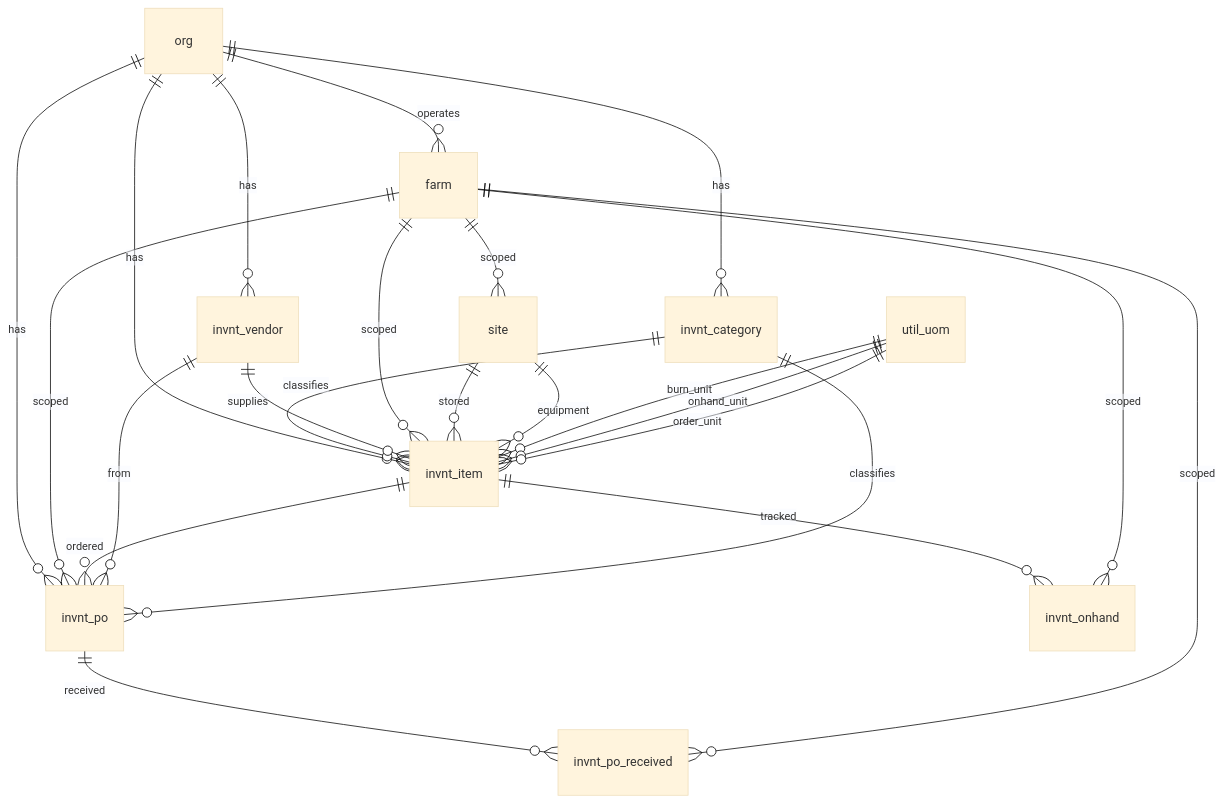
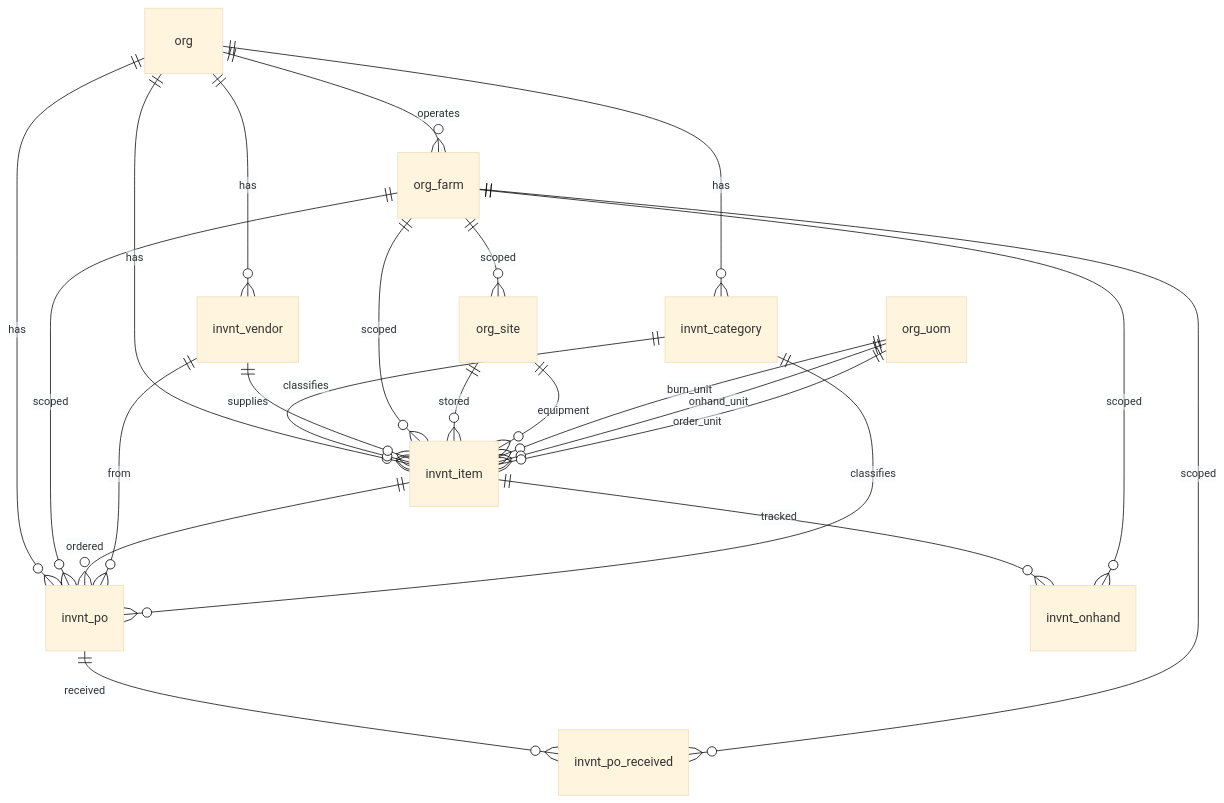
The diagram in docs/schemas/20260319_02_invnt.md (Hawaii-Farming/aloha-app), drawn with Mermaid (base theme) before and after one commit. The commit also changed other lines of this file and 51 other files, not shown here.

First line of the commit message:
Rename org tables (util_uom→org_uom, farm→org_farm, site→org_site), rewrite conventions from LENNY spec

````diff
--- a/docs/schemas/20260319_02_invnt.md
+++ b/docs/schemas/20260319_02_invnt.md
@@ -9,25 +9,25 @@
 ```mermaid
 erDiagram
-    org ||--o{ farm : operates
+    org ||--o{ org_farm : operates
     org ||--o{ invnt_vendor : has
     org ||--o{ invnt_category : has
     org ||--o{ invnt_item : has
     invnt_category ||--o{ invnt_item : classifies
     invnt_vendor ||--o{ invnt_item : supplies
-    farm ||--o{ invnt_item : scoped
-    farm ||--o{ site : scoped
-    site ||--o{ invnt_item : stored
-    site ||--o{ invnt_item : equipment
-    util_uom ||--o{ invnt_item : burn_unit
-    util_uom ||--o{ invnt_item : onhand_unit
-    util_uom ||--o{ invnt_item : order_unit
+    org_farm ||--o{ invnt_item : scoped
+    org_farm ||--o{ org_site : scoped
+    org_site ||--o{ invnt_item : stored
+    org_site ||--o{ invnt_item : equipment
+    org_uom ||--o{ invnt_item : burn_unit
+    org_uom ||--o{ invnt_item : onhand_unit
+    org_uom ||--o{ invnt_item : order_unit
     org ||--o{ invnt_po : has
-    farm ||--o{ invnt_po : scoped
+    org_farm ||--o{ invnt_po : scoped
     invnt_item ||--o{ invnt_po : ordered
     invnt_vendor ||--o{ invnt_po : from
     invnt_category ||--o{ invnt_po : classifies
     invnt_po ||--o{ invnt_po_received : received
-    farm ||--o{ invnt_po_received : scoped
+    org_farm ||--o{ invnt_po_received : scoped
     invnt_item ||--o{ invnt_onhand : tracked
-    farm ||--o{ invnt_onhand : scoped
+    org_farm ||--o{ invnt_onhand : scoped
 ```
````
